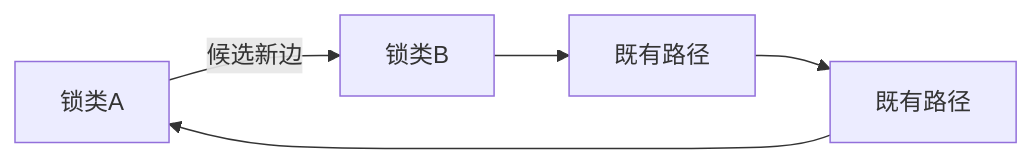
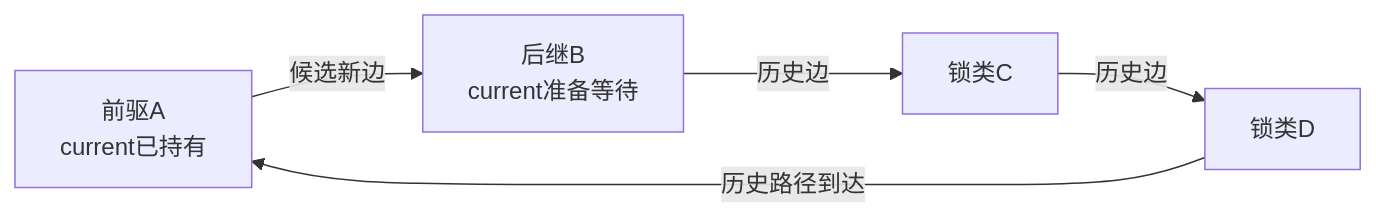
One commit to FormingSystem/linux_note changed the first of 2 diagrams in knowledge/linux/synchronization/lockdep/P05_递归_依赖环_IRQ与读写规则.md. Above: the diagram before and after it, drawn with Mermaid. The commit also changed other lines of this file and 21 other files, not shown here.

````diff
--- a/knowledge/linux/synchronization/lockdep/P05_递归_依赖环_IRQ与读写规则.md
+++ b/knowledge/linux/synchronization/lockdep/P05_递归_依赖环_IRQ与读写规则.md
@@ -37,7 +40,7 @@
 ```mermaid
 flowchart LR
-    A["锁类A"] -->|"候选新边"| B["锁类B"]
-    B --> C["既有路径"]
-    C --> D["既有路径"]
-    D --> A
+    A["前驱A<br/>current已持有"] -->|"候选新边"| B["后继B<br/>current准备等待"]
+    B -->|"历史边"| C["锁类C"]
+    C -->|"历史边"| D["锁类D"]
+    D -->|"历史路径到达"| A
 ```
````
